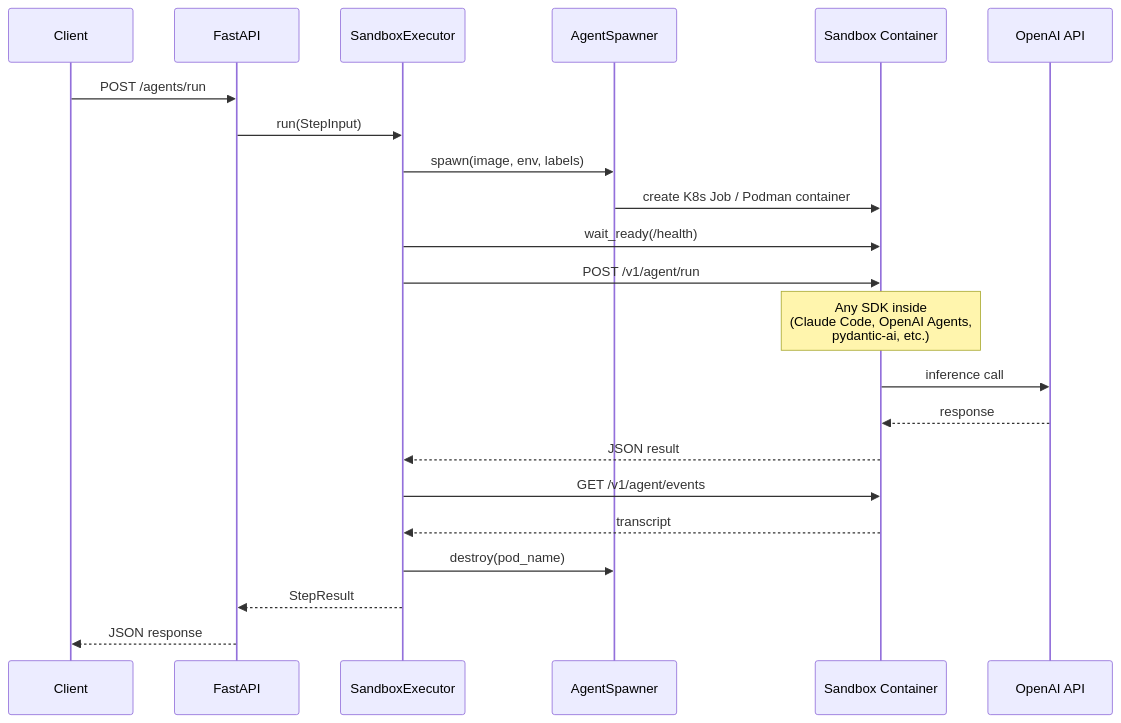
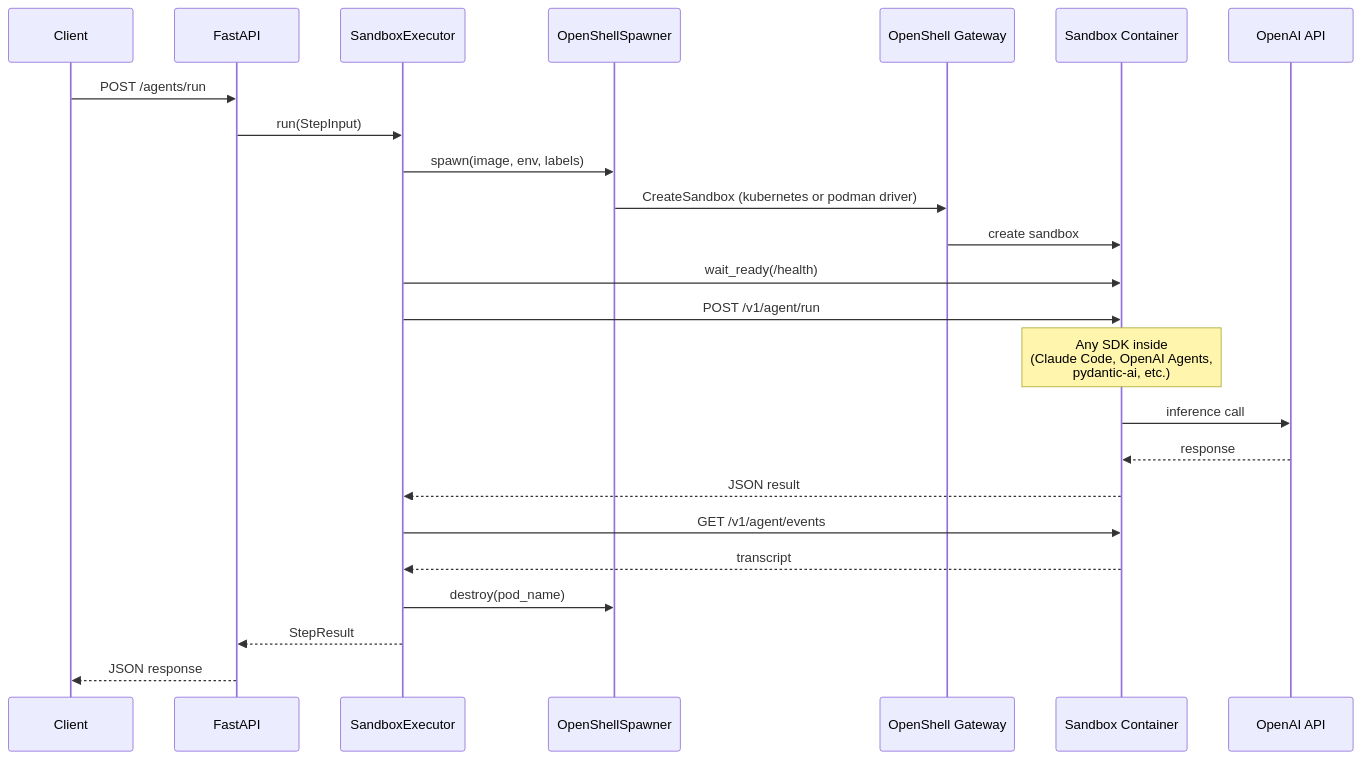
One commit to jameswnl/lightspeed-stack changed the fourth of 9 diagrams in docs/design/cloud-agents/integration-architecture.md. Above: the diagram before and after it, drawn with Mermaid. The commit also changed 2 other files, not shown here.

Commit message:
Address review: fix e2e config, sequence diagram, add rejection test
- test_agents_ephemeral_e2e.py's _CONFIG omitted the now-required
  openshell_driver, so Configuration(...) raised ValidationError before
  the gateway-availability skip could even run. Add it (env-overridable,
  defaults to "podman" matching this test's default gateway).
- integration-architecture.md's spawn:ephemeral sequence diagram still
  said "create K8s Job / Podman container", contradicting the
  openshell-only config example above it. Updated to show the real
  Spawner -> OpenShell Gateway -> Container path.
- Added test_spawner_configuration_rejects_leftover_kubernetes_fields
  to explicitly document that old kubernetes-type YAML (namespace/
  service_account) is now rejected outright, not just implicitly via
  extra="forbid".

````diff
--- a/docs/design/cloud-agents/integration-architecture.md
+++ b/docs/design/cloud-agents/integration-architecture.md
@@ -120,25 +120,27 @@
 ```mermaid
 sequenceDiagram
     participant Client
     participant FastAPI
     participant SandboxExec as SandboxExecutor
-    participant Spawner as AgentSpawner
+    participant Spawner as OpenShellSpawner
+    participant Gateway as OpenShell Gateway
     participant Container as Sandbox Container
     participant LLM as OpenAI API
 
     Client->>FastAPI: POST /agents/run
     FastAPI->>SandboxExec: run(StepInput)
     SandboxExec->>Spawner: spawn(image, env, labels)
-    Spawner->>Container: create K8s Job / Podman container
+    Spawner->>Gateway: CreateSandbox (kubernetes or podman driver)
+    Gateway->>Container: create sandbox
     SandboxExec->>Container: wait_ready(/health)
     SandboxExec->>Container: POST /v1/agent/run
     Note over Container: Any SDK inside<br/>(Claude Code, OpenAI Agents,<br/>pydantic-ai, etc.)
     Container->>LLM: inference call
     LLM-->>Container: response
     Container-->>SandboxExec: JSON result
     SandboxExec->>Container: GET /v1/agent/events
     Container-->>SandboxExec: transcript
     SandboxExec->>Spawner: destroy(pod_name)
     SandboxExec-->>FastAPI: StepResult
     FastAPI-->>Client: JSON response
 ```
````
